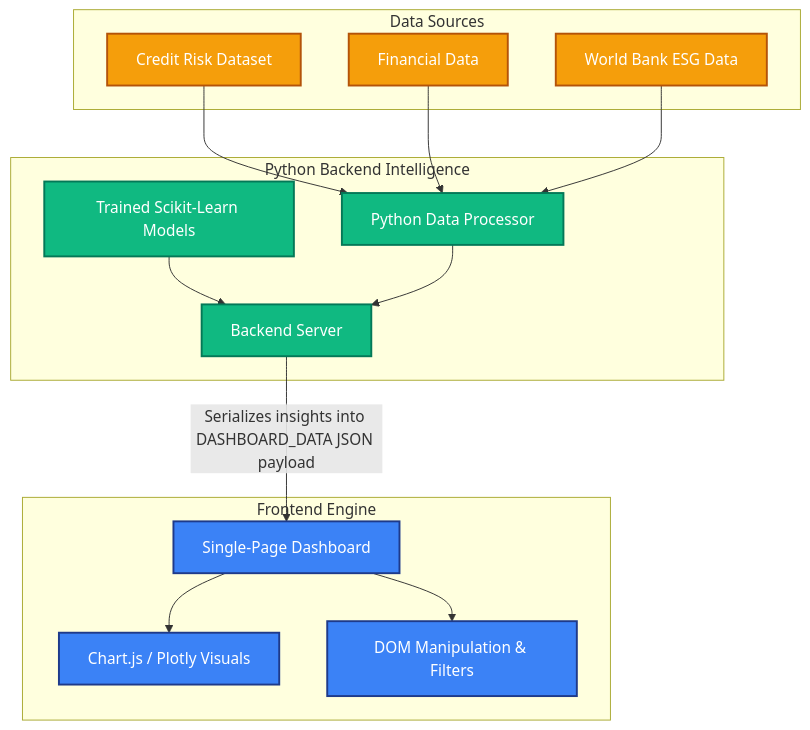
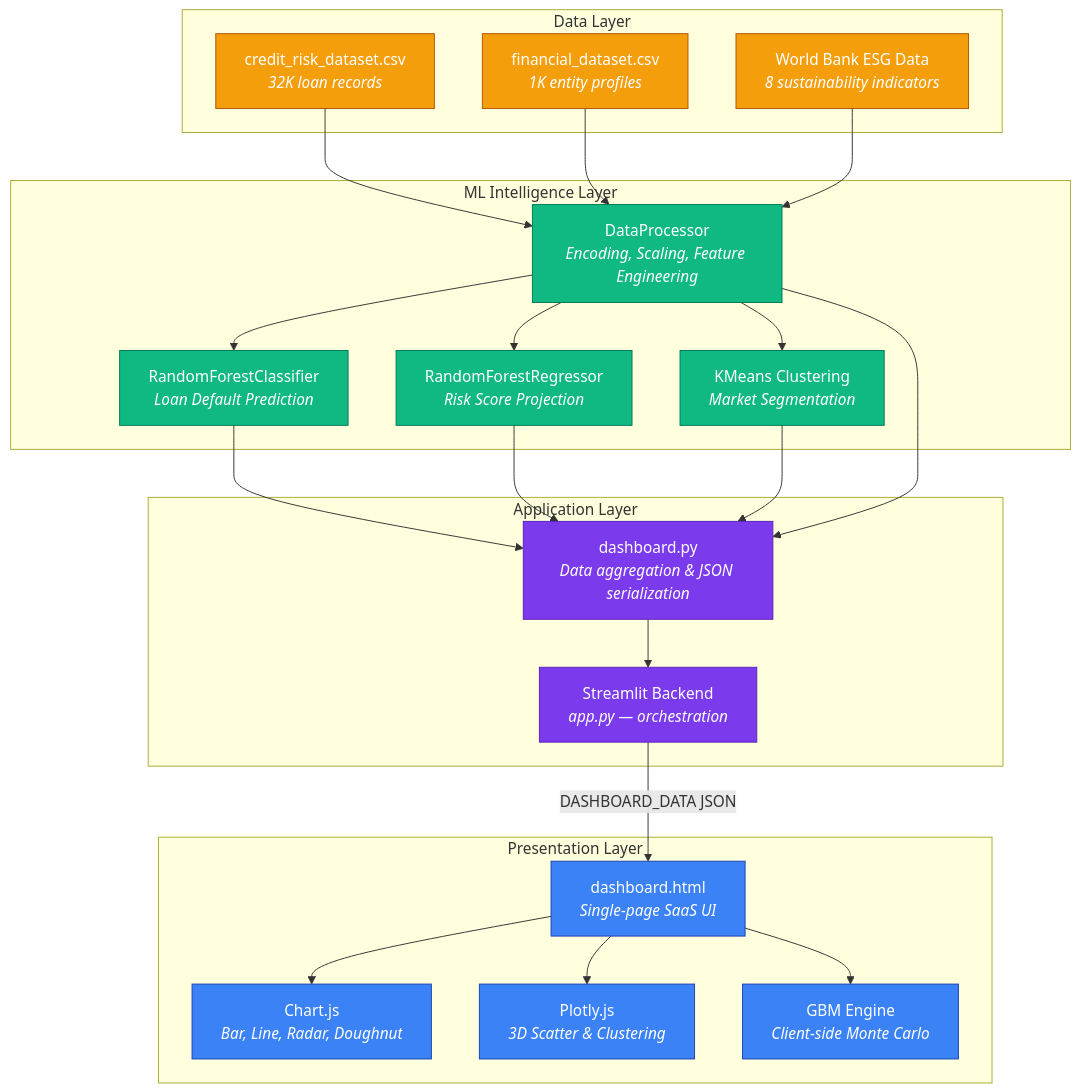
Before and after one commit to Vaibhav-S-Gowda/AI-Driven-Financial-Risk-Analysis-for-Sustainable-Economic-Growth: the second of 2 diagrams in README.md, drawn with Mermaid. The commit also changed other lines of this file, not shown here.

````diff
--- a/README.md
+++ b/README.md
@@ -52,38 +99,42 @@
 ```mermaid
 graph TD
-    %% Define Styles
-    classDef frontend fill:#3B82F6,stroke:#1E3A8A,stroke-width:2px,color:#fff;
-    classDef backend fill:#10B981,stroke:#047857,stroke-width:2px,color:#fff;
-    classDef data fill:#F59E0B,stroke:#B45309,stroke-width:2px,color:#fff;
-    
-    %% Nodes
-    subgraph Data Sources
-        C[Credit Risk Dataset]:::data
-        F[Financial Data]:::data
-        E[World Bank ESG Data]:::data
+    subgraph "Data Layer"
+        CR["credit_risk_dataset.csv<br/><i>32K loan records</i>"]:::data
+        FD["financial_dataset.csv<br/><i>1K entity profiles</i>"]:::data
+        ESG["World Bank ESG Data<br/><i>8 sustainability indicators</i>"]:::data
     end
 
-    subgraph Python Backend Intelligence
-        DP[Python Data Processor]:::backend
-        ML[Trained Scikit-Learn Models]:::backend
-        APP[Backend Server]:::backend
-        
-        C --> DP
-        F --> DP
-        E --> DP
-        ML --> APP
-        DP --> APP
+    subgraph "ML Intelligence Layer"
+        DP["DataProcessor<br/><i>Encoding, Scaling, Feature Engineering</i>"]:::backend
+        RFC["RandomForestClassifier<br/><i>Loan Default Prediction</i>"]:::backend
+        RFR["RandomForestRegressor<br/><i>Risk Score Projection</i>"]:::backend
+        KM["KMeans Clustering<br/><i>Market Segmentation</i>"]:::backend
     end
 
-    subgraph Frontend Engine
-        UI[Single-Page Dashboard]:::frontend
-        CHART[Chart.js / Plotly Visuals]:::frontend
-        DOM[DOM Manipulation & Filters]:::frontend
-        
-        UI --> CHART
-        UI --> DOM
+    subgraph "Application Layer"
+        APP["Streamlit Backend<br/><i>app.py — orchestration</i>"]:::server
+        DASH["dashboard.py<br/><i>Data aggregation & JSON serialization</i>"]:::server
     end
 
-    %% Flow
-    APP -- "Serializes insights into DASHBOARD_DATA JSON payload" --> UI
+    subgraph "Presentation Layer"
+        HTML["dashboard.html<br/><i>Single-page SaaS UI</i>"]:::frontend
+        CJS["Chart.js<br/><i>Bar, Line, Radar, Doughnut</i>"]:::frontend
+        PLT["Plotly.js<br/><i>3D Scatter & Clustering</i>"]:::frontend
+        GBM["GBM Engine<br/><i>Client-side Monte Carlo</i>"]:::frontend
+    end
+
+    CR --> DP
+    FD --> DP
+    ESG --> DP
+    DP --> RFC & RFR & KM
+    RFC & RFR & KM --> DASH
+    DP --> DASH
+    DASH --> APP
+    APP -- "DASHBOARD_DATA JSON" --> HTML
+    HTML --> CJS & PLT & GBM
+
+    classDef data fill:#F59E0B,stroke:#B45309,color:#fff
+    classDef backend fill:#10B981,stroke:#047857,color:#fff
+    classDef server fill:#7C3AED,stroke:#5B21B6,color:#fff
+    classDef frontend fill:#3B82F6,stroke:#1E40AF,color:#fff
 ```
````
